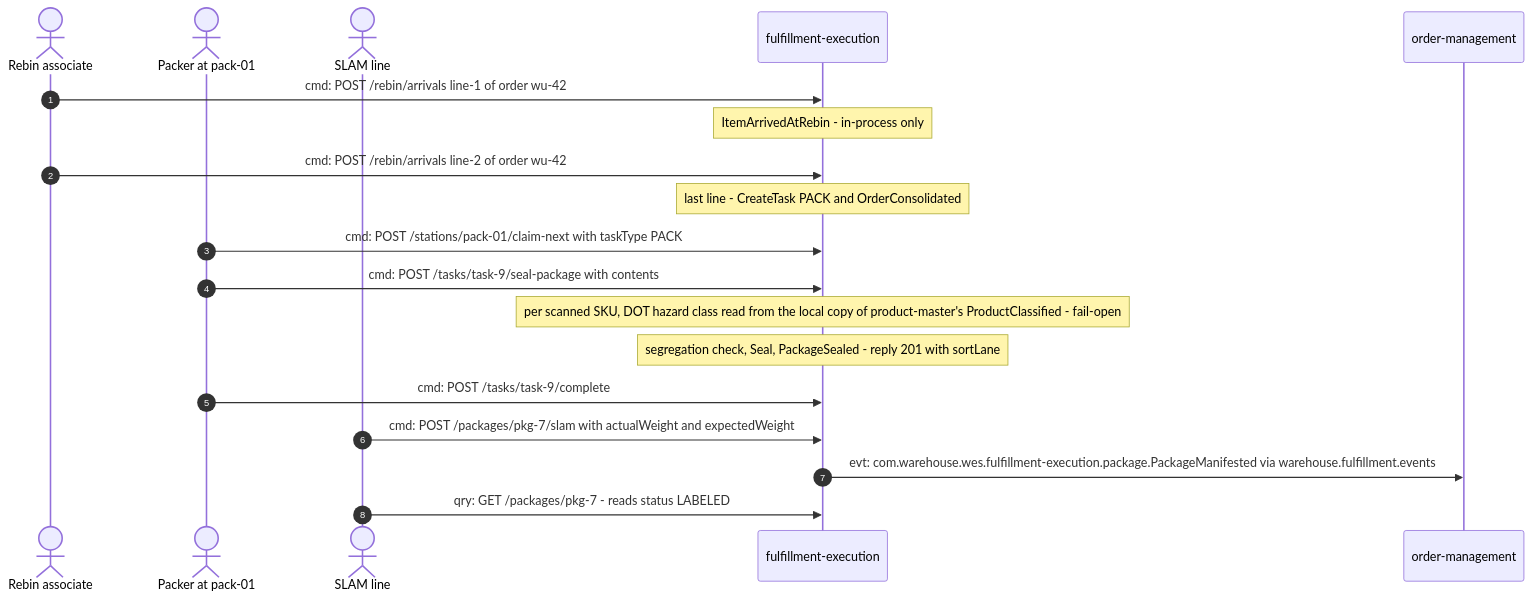
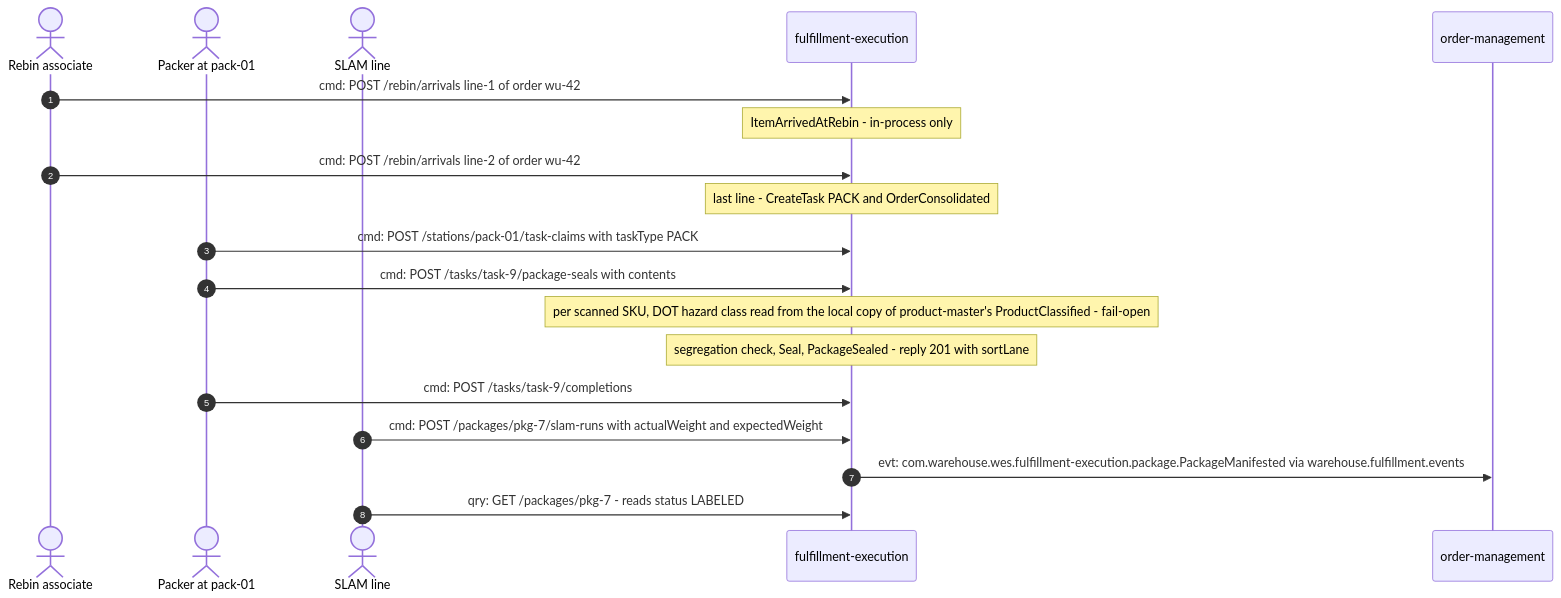
Before and after one commit to IQVO/warehouse-docs: the second of 4 diagrams in docs/contexts/fulfillment-execution/domain-message-flow.md, drawn with Mermaid. The commit also changed other lines of this file and 272 other files, not shown here.

````diff
--- a/docs/contexts/fulfillment-execution/domain-message-flow.md
+++ b/docs/contexts/fulfillment-execution/domain-message-flow.md
@@ -63,21 +63,21 @@
 ```mermaid
 sequenceDiagram
     autonumber
     actor Rebinner as Rebin associate
     actor Packer as Packer at pack-01
     actor Slam as SLAM line
     participant FE as fulfillment-execution
     participant OM as order-management
     Rebinner->>FE: cmd: POST /rebin/arrivals line-1 of order wu-42
     Note over FE: ItemArrivedAtRebin - in-process only
     Rebinner->>FE: cmd: POST /rebin/arrivals line-2 of order wu-42
     Note over FE: last line - CreateTask PACK and OrderConsolidated
-    Packer->>FE: cmd: POST /stations/pack-01/claim-next with taskType PACK
-    Packer->>FE: cmd: POST /tasks/task-9/seal-package with contents
+    Packer->>FE: cmd: POST /stations/pack-01/task-claims with taskType PACK
+    Packer->>FE: cmd: POST /tasks/task-9/package-seals with contents
     Note over FE: per scanned SKU, DOT hazard class read from the local copy of product-master's ProductClassified - fail-open
     Note over FE: segregation check, Seal, PackageSealed - reply 201 with sortLane
-    Packer->>FE: cmd: POST /tasks/task-9/complete
-    Slam->>FE: cmd: POST /packages/pkg-7/slam with actualWeight and expectedWeight
+    Packer->>FE: cmd: POST /tasks/task-9/completions
+    Slam->>FE: cmd: POST /packages/pkg-7/slam-runs with actualWeight and expectedWeight
     FE->>OM: evt: com.warehouse.wes.fulfillment-execution.package.PackageManifested via warehouse.fulfillment.events
     Slam->>FE: qry: GET /packages/pkg-7 - reads status LABELED
 ```
````
